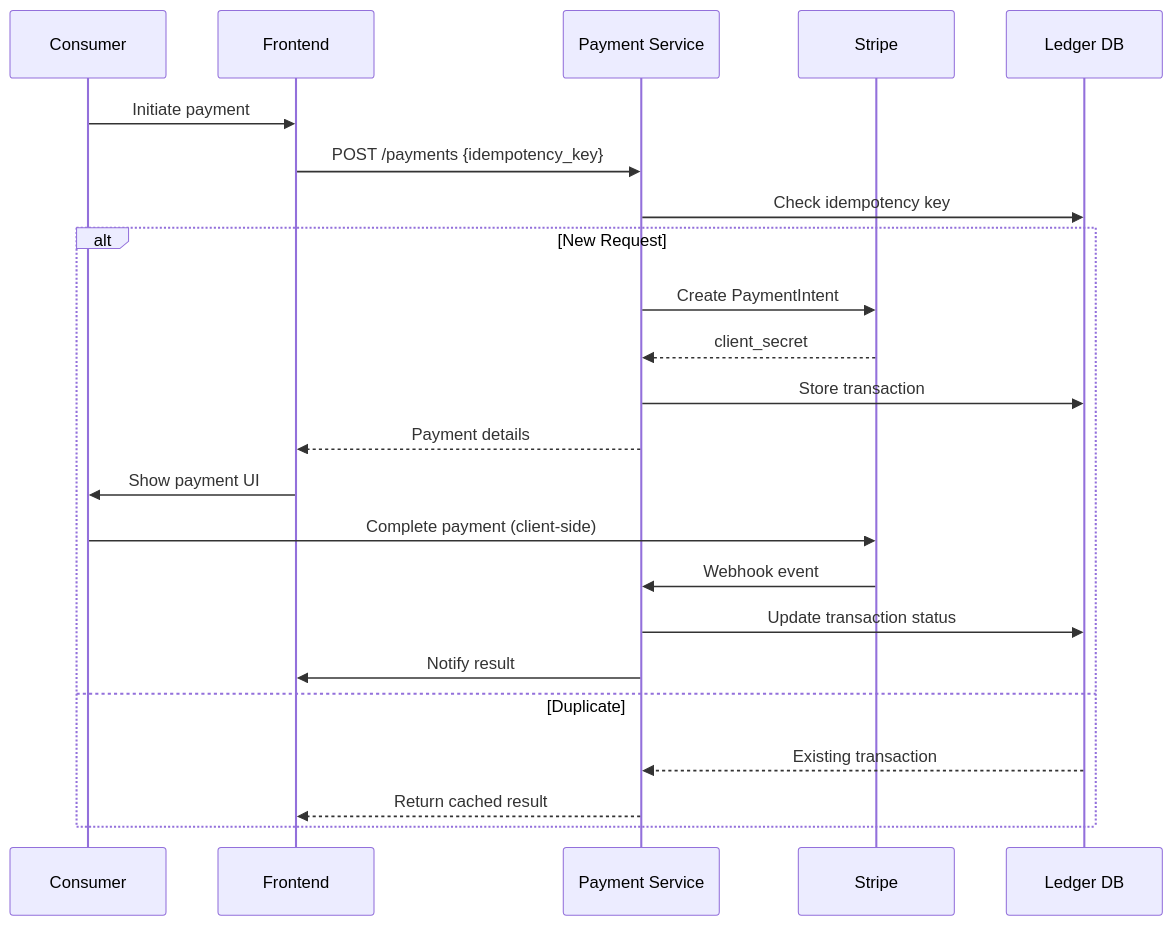
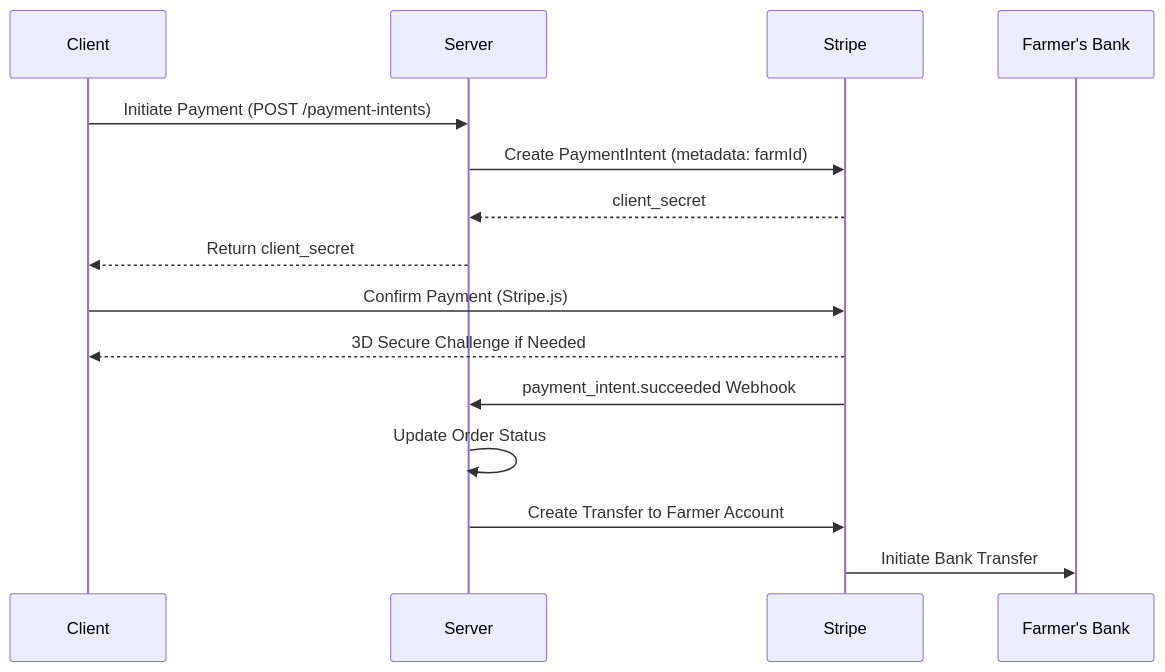
One commit to paretoimproved/csa-marketplace changed the diagram in docs/PAYMENTS.md. Above: the diagram before and after it, drawn with Mermaid. The commit also changed other lines of this file and 5 other files, not shown here.

````diff
--- a/docs/PAYMENTS.md
+++ b/docs/PAYMENTS.md
@@ -4,26 +15,18 @@
 ```mermaid
 sequenceDiagram
-  participant C as Consumer
-  participant F as Frontend
-  participant P as Payment Service
-  participant S as Stripe
-  participant DB as Ledger DB
+  participant C as Client
+  participant S as Server
+  participant ST as Stripe
+  participant F as Farmer's Bank
 
-  C->>F: Initiate payment
-  F->>P: POST /payments {idempotency_key}
-  P->>DB: Check idempotency key
-  alt New Request
-    P->>S: Create PaymentIntent
-    S-->>P: client_secret
-    P->>DB: Store transaction
-    P-->>F: Payment details
-    F->>C: Show payment UI
-    C->>S: Complete payment (client-side)
-    S->>P: Webhook event
-    P->>DB: Update transaction status
-    P->>F: Notify result
-  else Duplicate
-    DB-->>P: Existing transaction
-    P-->>F: Return cached result
-  end
+  C->>S: Initiate Payment (POST /payment-intents)
+  S->>ST: Create PaymentIntent (metadata: farmId)
+  ST-->>S: client_secret
+  S-->>C: Return client_secret
+  C->>ST: Confirm Payment (Stripe.js)
+  ST-->>C: 3D Secure Challenge if Needed
+  ST->>S: payment_intent.succeeded Webhook
+  S->>S: Update Order Status
+  S->>ST: Create Transfer to Farmer Account
+  ST->>F: Initiate Bank Transfer
 ```
````
